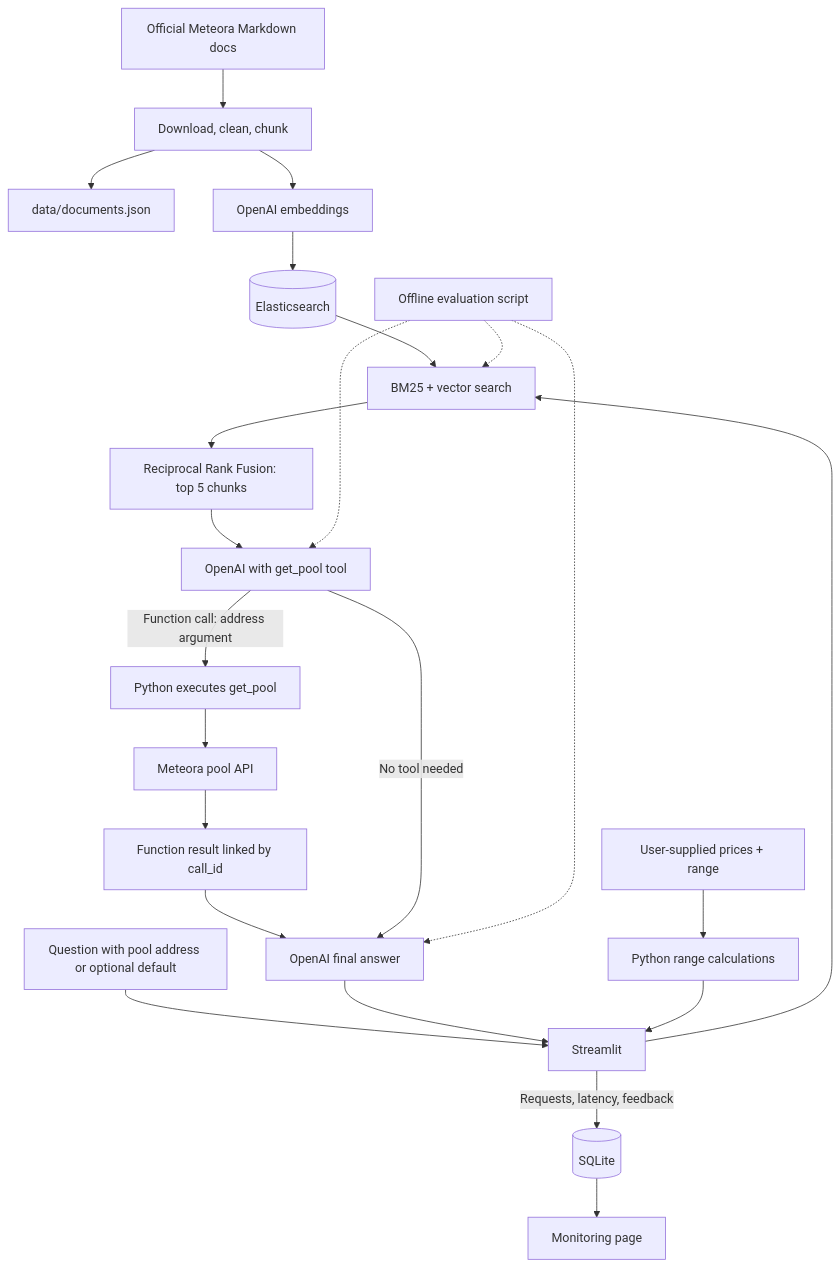
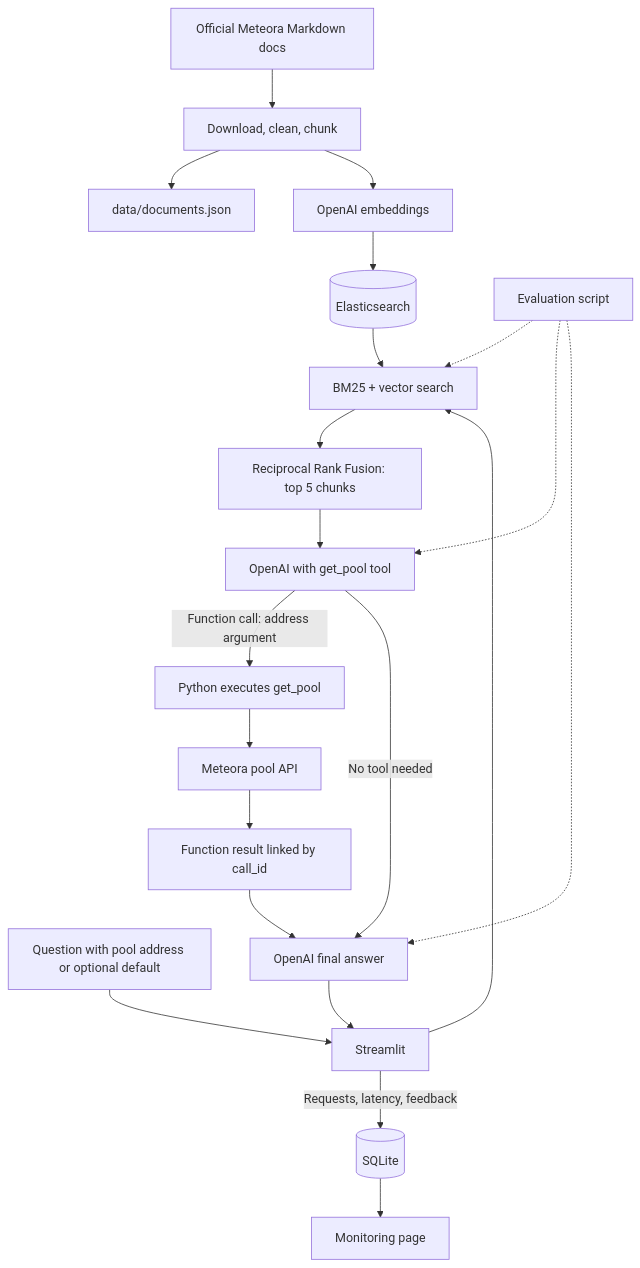
One commit to Nogromi/llmzoomcamp-capstone changed the diagram in README.md. Above: the diagram before and after it, drawn with Mermaid. The commit also changed other lines of this file and 7 other files, not shown here.

````diff
--- a/README.md
+++ b/README.md
@@ -9,27 +9,25 @@
 ```mermaid
 flowchart TD
     Docs[Official Meteora Markdown docs] --> Ingest[Download, clean, chunk]
     Ingest --> JSON[data/documents.json]
     Ingest --> Embed[OpenAI embeddings]
     Embed --> ES[(Elasticsearch)]
 
     User[Question with pool address or optional default] --> UI[Streamlit]
     UI --> Search[BM25 + vector search]
     ES --> Search
     Search --> RRF[Reciprocal Rank Fusion: top 5 chunks]
     RRF --> LLM[OpenAI with get_pool tool]
     LLM -->|Function call: address argument| Tool[Python executes get_pool]
     Tool --> Pool[Meteora pool API]
     Pool --> Result[Function result linked by call_id]
     Result --> Answer[OpenAI final answer]
     LLM -->|No tool needed| Answer
     Answer --> UI
     UI -->|Requests, latency, feedback| DB[(SQLite)]
     DB --> Monitor[Monitoring page]
 
-    Prices[User-supplied prices + range] --> Calc[Python range calculations]
-    Calc --> UI
-    Eval[Offline evaluation script] -.-> Search
+    Eval[Evaluation script] -.-> Search
     Eval -.-> LLM
     Eval -.-> Answer
 ```
````
